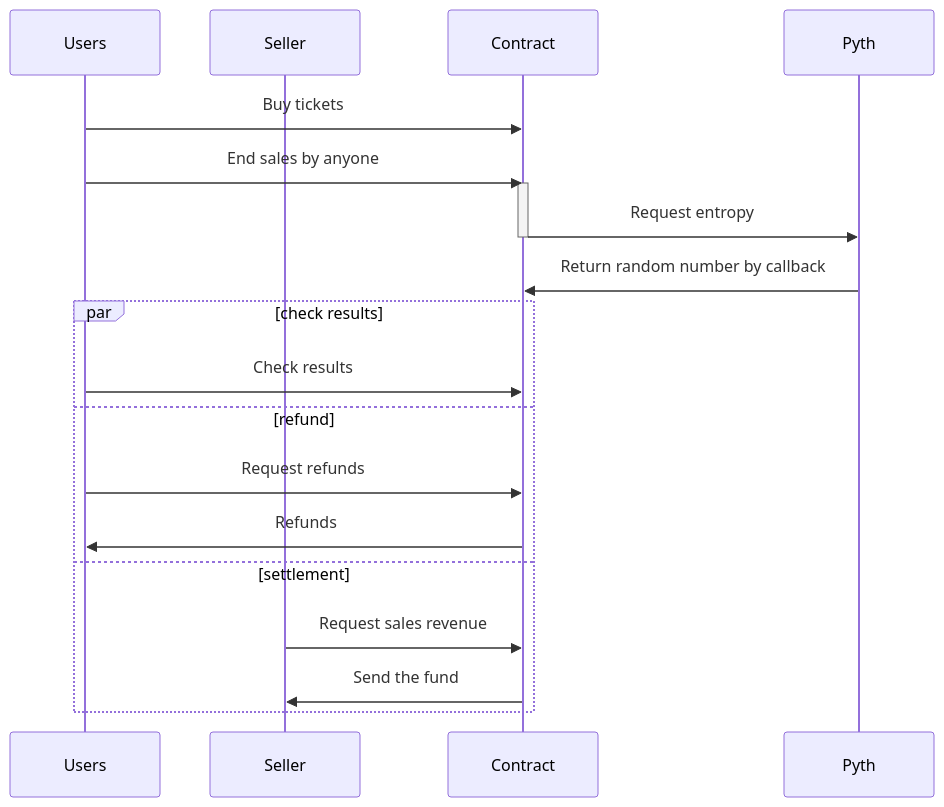
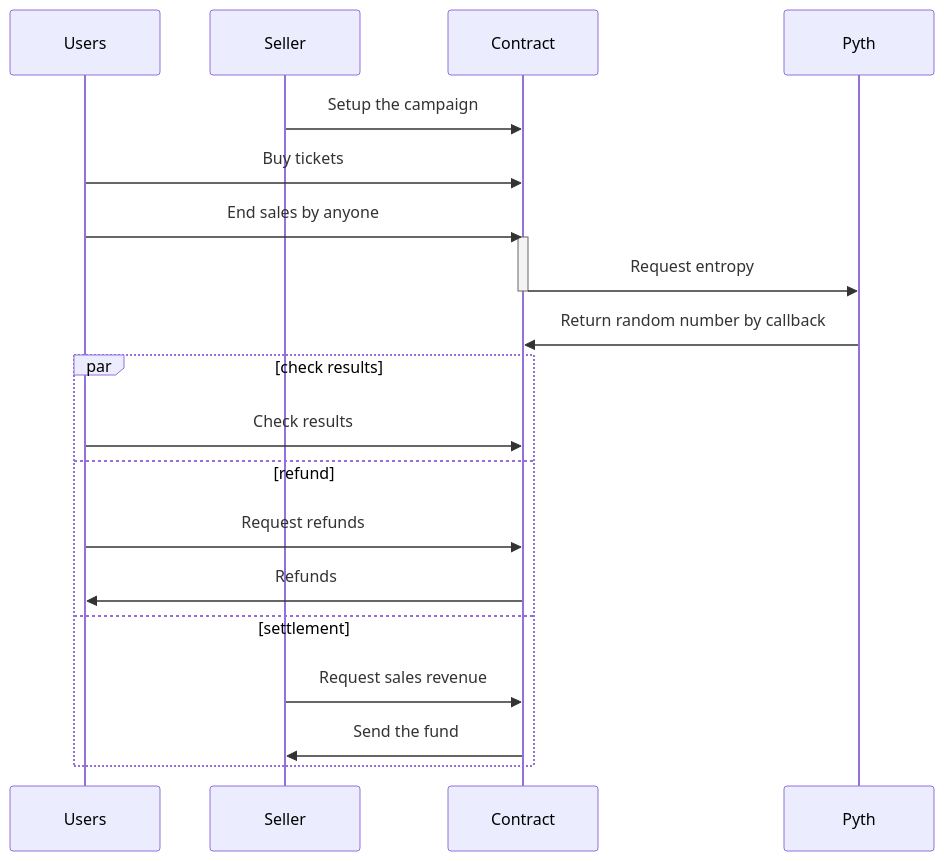
The diagram in README.md (buenos-tickets/monorepo), drawn with Mermaid before and after one commit.

Commit message:
update sequence diagram

````diff
--- a/README.md
+++ b/README.md
@@ -9,20 +9,21 @@
 ```mermaid
 sequenceDiagram
   participant Users
   participant Seller
+  Seller->>Contract: Setup the campaign 
   Users->>Contract: Buy tickets
   Users->>Contract: End sales by anyone
   activate Contract
   Contract->>Pyth: Request entropy
   deactivate Contract
   Pyth->>Contract: Return random number by callback
   par check results
     Users->>Contract: Check results
   and refund
     Users->>Contract: Request refunds
     Contract->>Users: Refunds
   and settlement
     Seller->>Contract: Request sales revenue
     Contract->>Seller: Send the fund
   end
 ```
````
